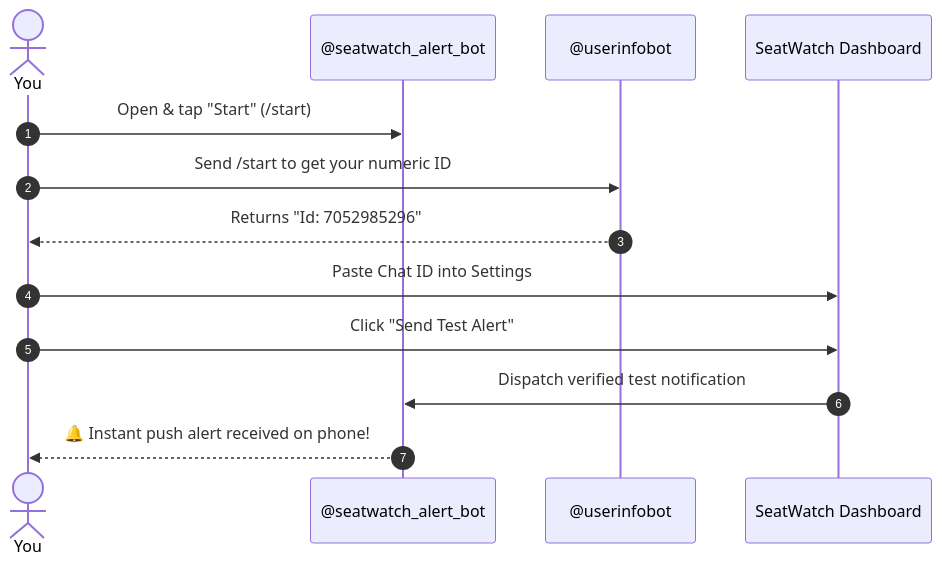
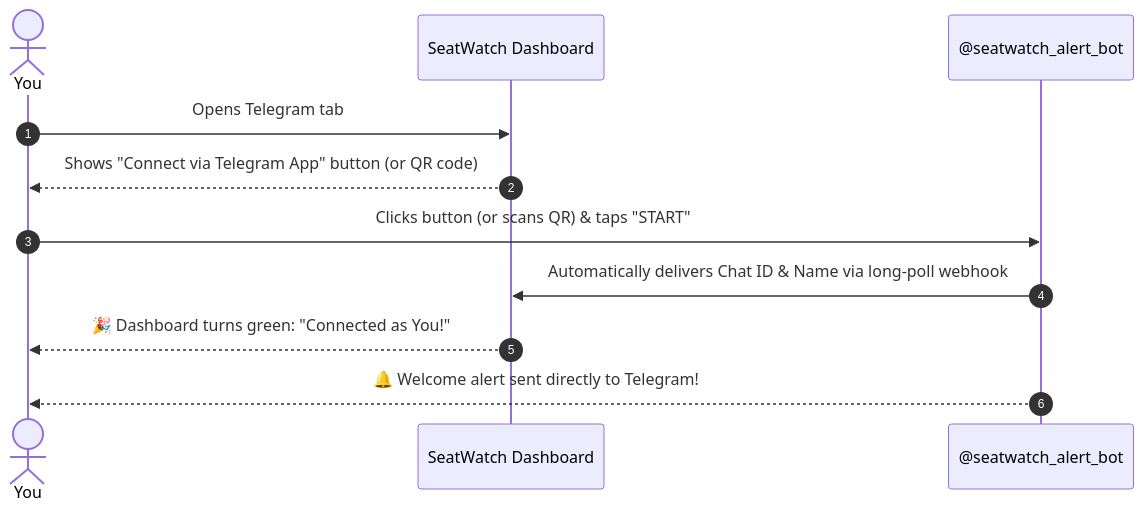
Before and after one commit to Vem-Manish/BookMyShow_ticket_notifier: the second of 2 diagrams in README.md, drawn with Mermaid. The commit also changed other lines of this file and 5 other files, not shown here.

Commit message:
feat: 1-click zero-typing Telegram pairing with QR code and auto-webhook handshake

````diff
--- a/README.md
+++ b/README.md
@@ -130,16 +130,14 @@
 ```mermaid
 sequenceDiagram
     autonumber
     actor User as You
+    participant UI as SeatWatch Dashboard
     participant Bot as @seatwatch_alert_bot
-    participant Info as @userinfobot
-    participant UI as SeatWatch Dashboard
 
-    User->>Bot: Open & tap "Start" (/start)
-    User->>Info: Send /start to get your numeric ID
-    Info-->>User: Returns "Id: 7052985296"
-    User->>UI: Paste Chat ID into Settings
-    User->>UI: Click "Send Test Alert"
-    UI->>Bot: Dispatch verified test notification
-    Bot-->>User: 🔔 Instant push alert received on phone!
+    User->>UI: Opens Telegram tab
+    UI-->>User: Shows "Connect via Telegram App" button (or QR code)
+    User->>Bot: Clicks button (or scans QR) & taps "START"
+    Bot->>UI: Automatically delivers Chat ID & Name via long-poll webhook
+    UI-->>User: 🎉 Dashboard turns green: "Connected as You!"
+    Bot-->>User: 🔔 Welcome alert sent directly to Telegram!
 ```
````
